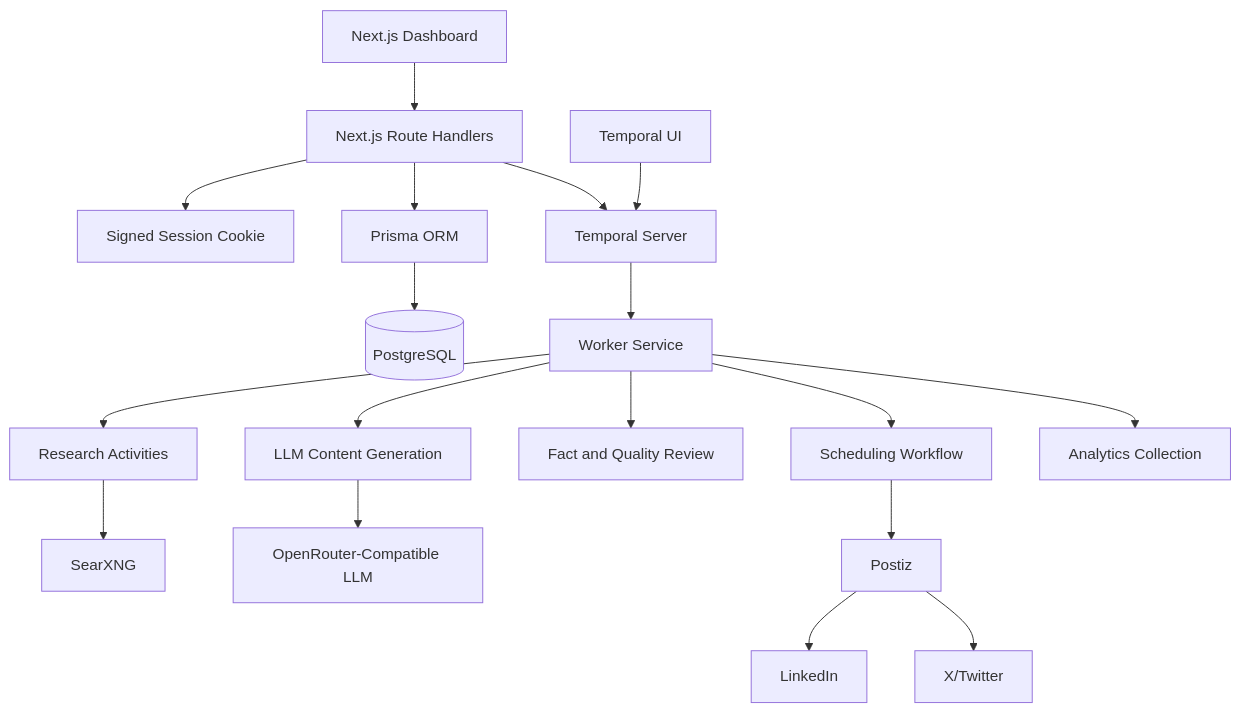
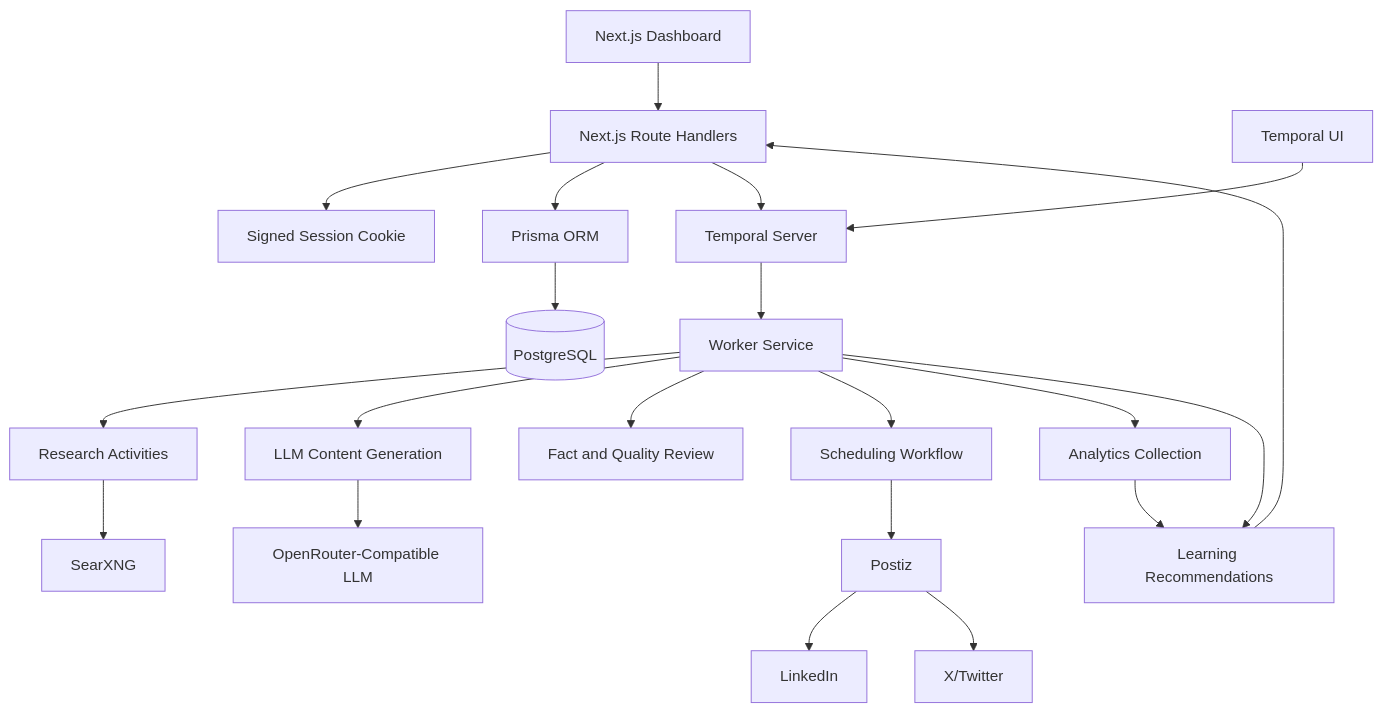
Before and after one commit to niks-nikhil-anand/AI-Swarm-For-Social-Media-CMS: the diagram in README.md, drawn with Mermaid. The commit also changed other lines of this file, not shown here.

Commit message:
docs: update README to reflect self-learning AI architecture and enhanced analytics workflows

````diff
--- a/README.md
+++ b/README.md
@@ -100,23 +131,26 @@
 ```mermaid
 flowchart TB
     UI["Next.js Dashboard"] --> API["Next.js Route Handlers"]
     API --> Auth["Signed Session Cookie"]
     API --> Prisma["Prisma ORM"]
     Prisma --> DB[("PostgreSQL")]
 
     API --> Temporal["Temporal Server"]
     Temporal --> Worker["Worker Service"]
     TemporalUI["Temporal UI"] --> Temporal
 
     Worker --> Research["Research Activities"]
     Worker --> Generation["LLM Content Generation"]
     Worker --> Review["Fact and Quality Review"]
     Worker --> Scheduler["Scheduling Workflow"]
     Worker --> Analytics["Analytics Collection"]
+    Worker --> Learning["Learning Recommendations"]
 
     Research --> SearXNG["SearXNG"]
     Generation --> LLM["OpenRouter-Compatible LLM"]
     Scheduler --> Postiz["Postiz"]
     Postiz --> LinkedIn["LinkedIn"]
     Postiz --> X["X/Twitter"]
+    Analytics --> Learning
+    Learning --> API
 ```
````
